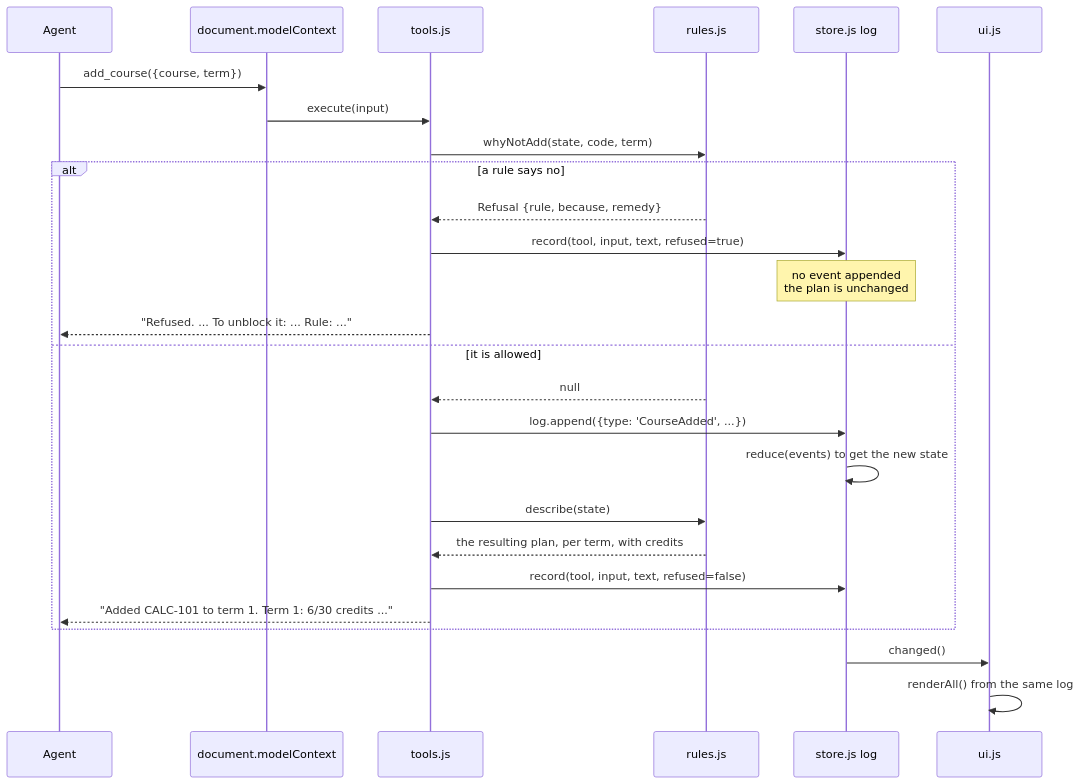
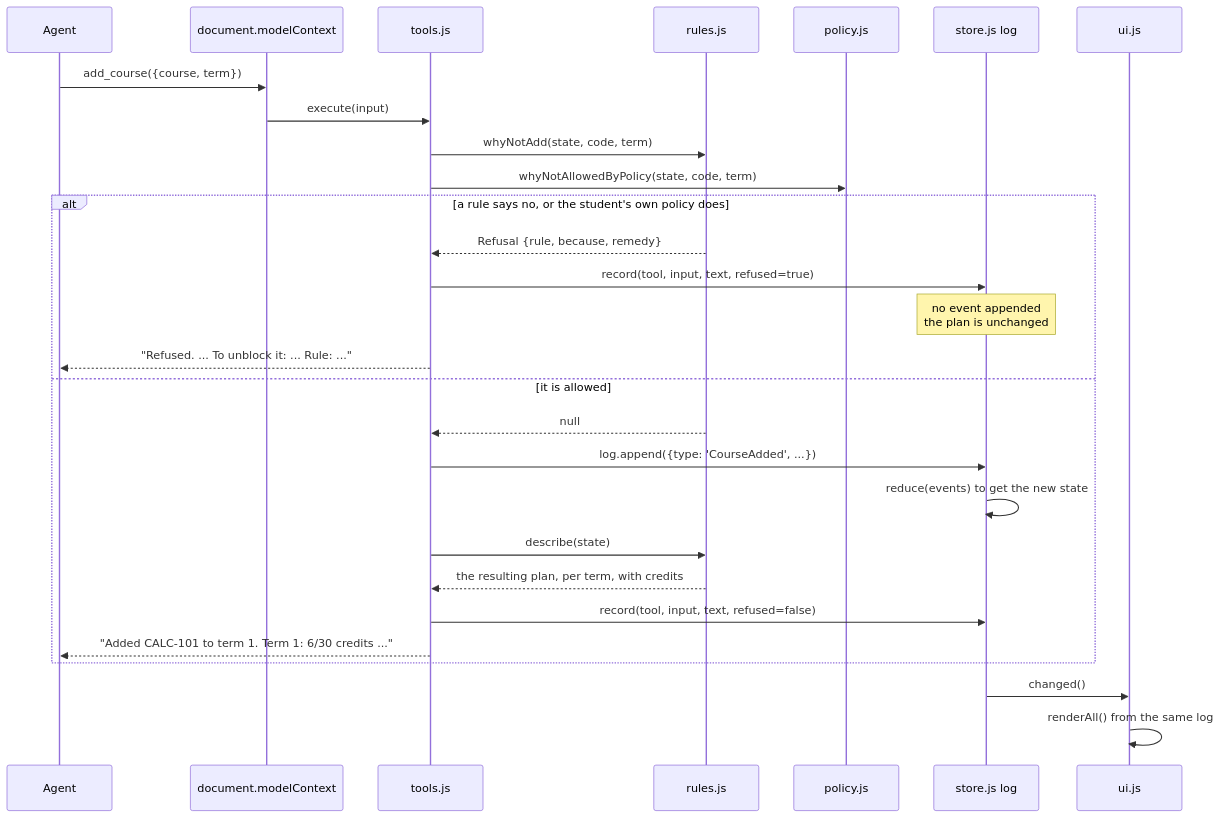
One commit to hvaler/cursus changed the second of 2 diagrams in docs/ARCHITECTURE.md. Above: the diagram before and after it, drawn with Mermaid. The commit also changed other lines of this file and 18 other files, not shown here.

````diff
--- a/docs/ARCHITECTURE.md
+++ b/docs/ARCHITECTURE.md
@@ -74,31 +81,34 @@
 ```mermaid
 sequenceDiagram
     participant A as Agent
     participant MC as document.modelContext
     participant T as tools.js
     participant R as rules.js
+    participant P as policy.js
     participant L as store.js log
     participant U as ui.js
 
     A->>MC: add_course({course, term})
     MC->>T: execute(input)
     T->>R: whyNotAdd(state, code, term)
 
-    alt a rule says no
+    T->>P: whyNotAllowedByPolicy(state, code, term)
+
+    alt a rule says no, or the student's own policy does
         R-->>T: Refusal {rule, because, remedy}
         T->>L: record(tool, input, text, refused=true)
         Note over L: no event appended<br/>the plan is unchanged
         T-->>A: "Refused. ... To unblock it: ... Rule: ..."
     else it is allowed
         R-->>T: null
         T->>L: log.append({type: 'CourseAdded', ...})
         L->>L: reduce(events) to get the new state
         T->>R: describe(state)
         R-->>T: the resulting plan, per term, with credits
         T->>L: record(tool, input, text, refused=false)
         T-->>A: "Added CALC-101 to term 1. Term 1: 6/30 credits ..."
     end
 
     L->>U: changed()
     U->>U: renderAll() from the same log
 ```
````
